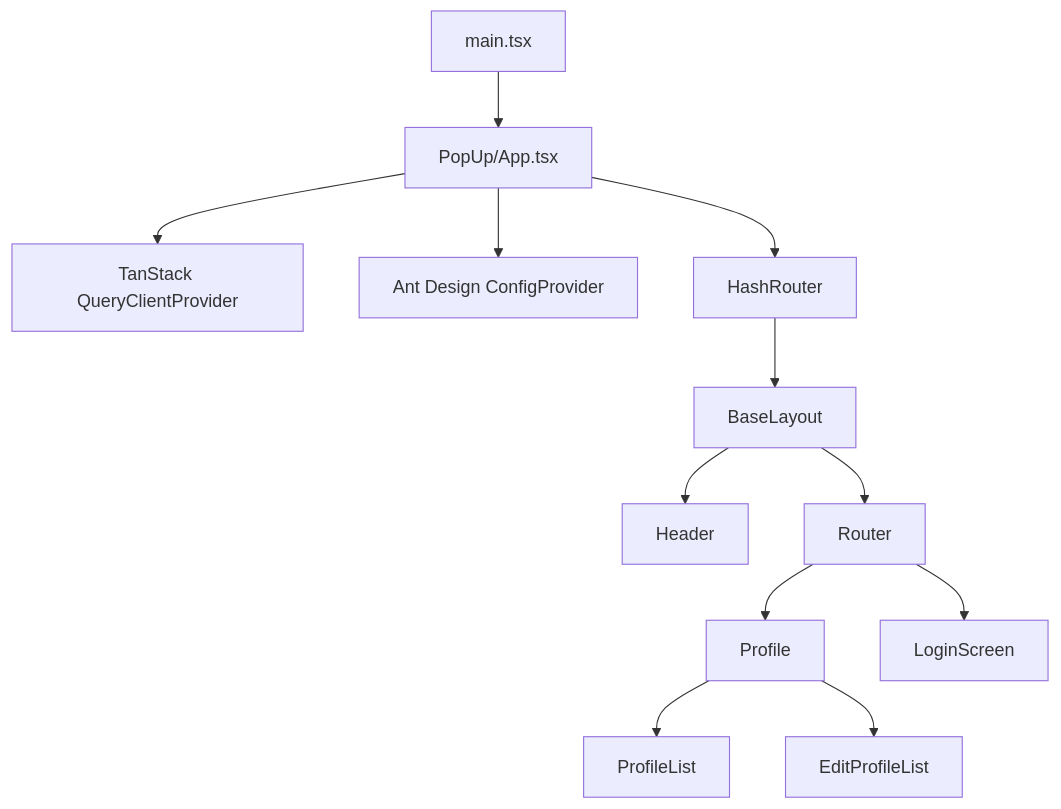
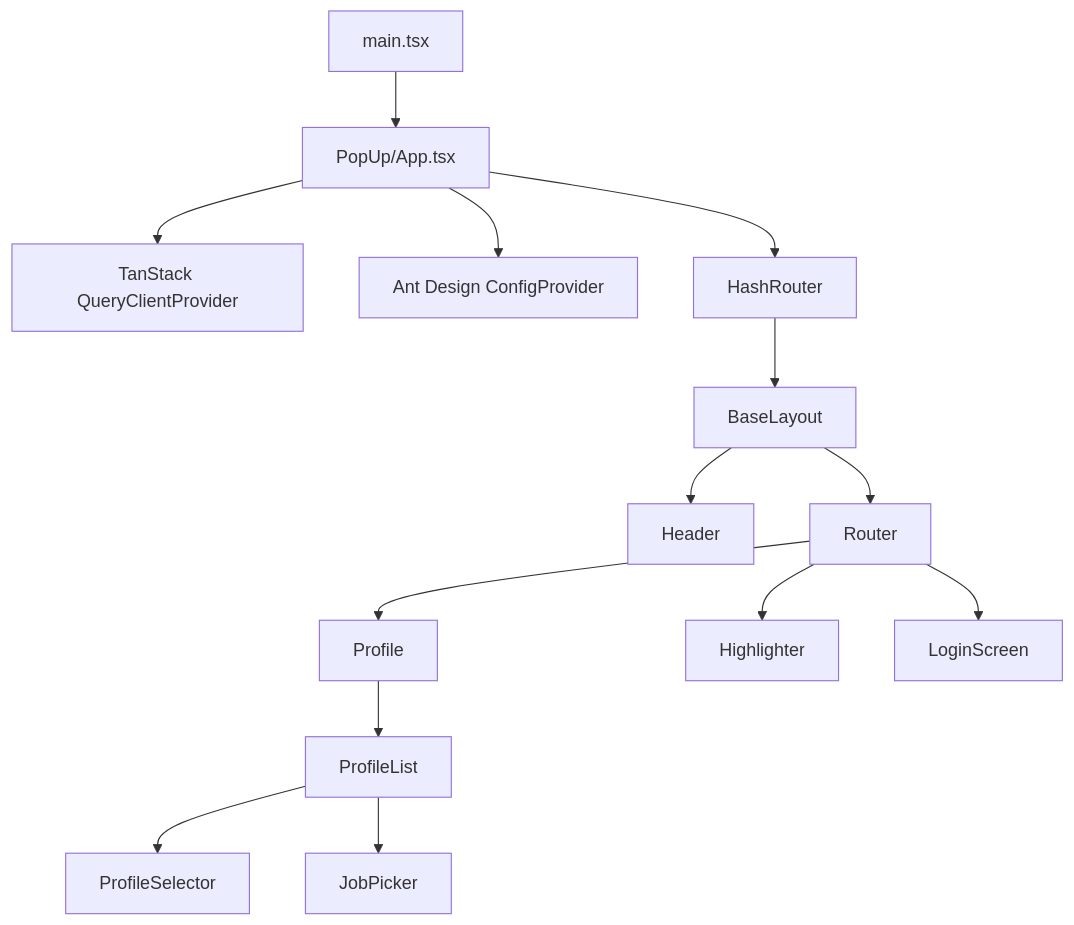
The diagram in apps/extension/docs/architecture.md (talentor-ai/navigator_extension), drawn with Mermaid before and after one commit. The commit also changed other lines of this file and 22 other files, not shown here.

````diff
--- a/apps/extension/docs/architecture.md
+++ b/apps/extension/docs/architecture.md
@@ -148,14 +151,16 @@
 ```mermaid
 flowchart TD
     Main[main.tsx] --> App[PopUp/App.tsx]
     App --> Query[TanStack QueryClientProvider]
     App --> Theme[Ant Design ConfigProvider]
     App --> Router[HashRouter]
     Router --> Layout[BaseLayout]
     Layout --> Header[Header]
     Layout --> Routes[Router]
     Routes --> Profile[Profile]
     Profile --> ProfileList[ProfileList]
-    Profile --> EditProfile[EditProfileList]
+    ProfileList --> Selector[ProfileSelector]
+    ProfileList --> JobPicker[JobPicker]
+    Routes --> Highlighter[Highlighter]
     Routes --> Login[LoginScreen]
 ```
````
